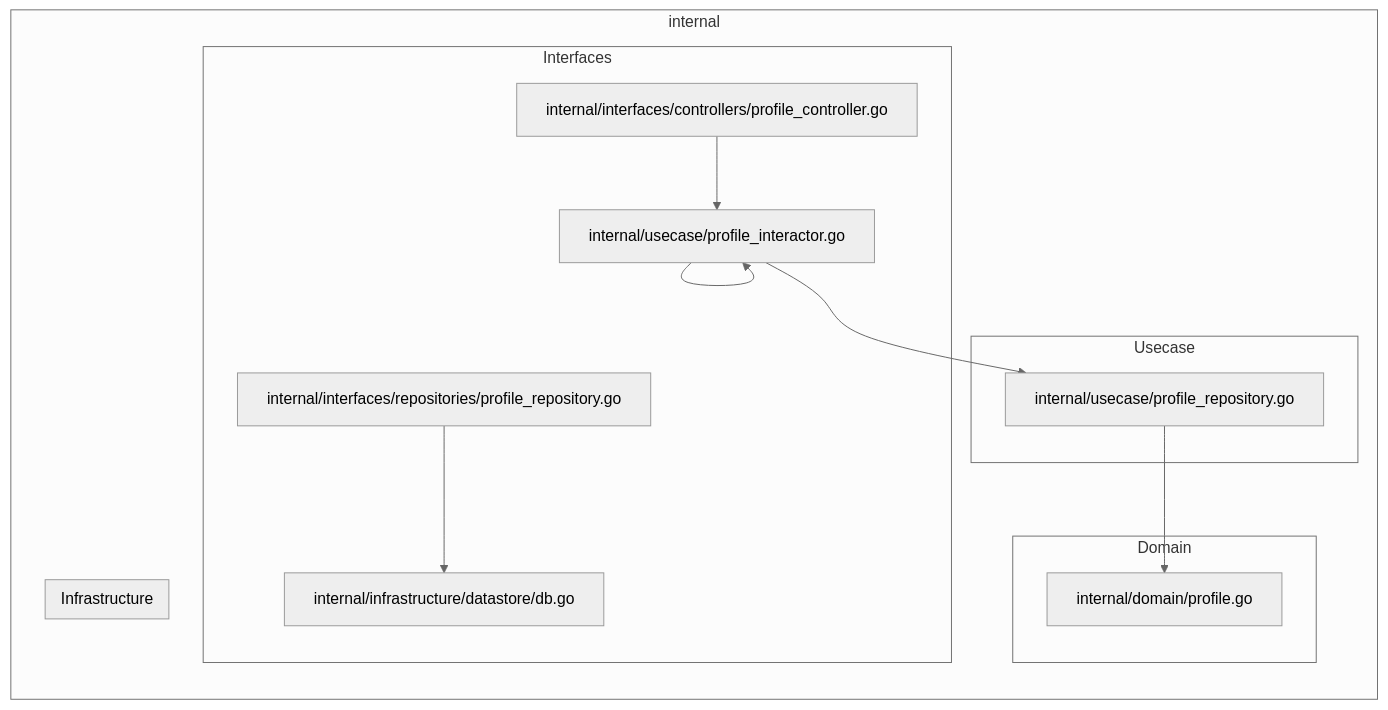
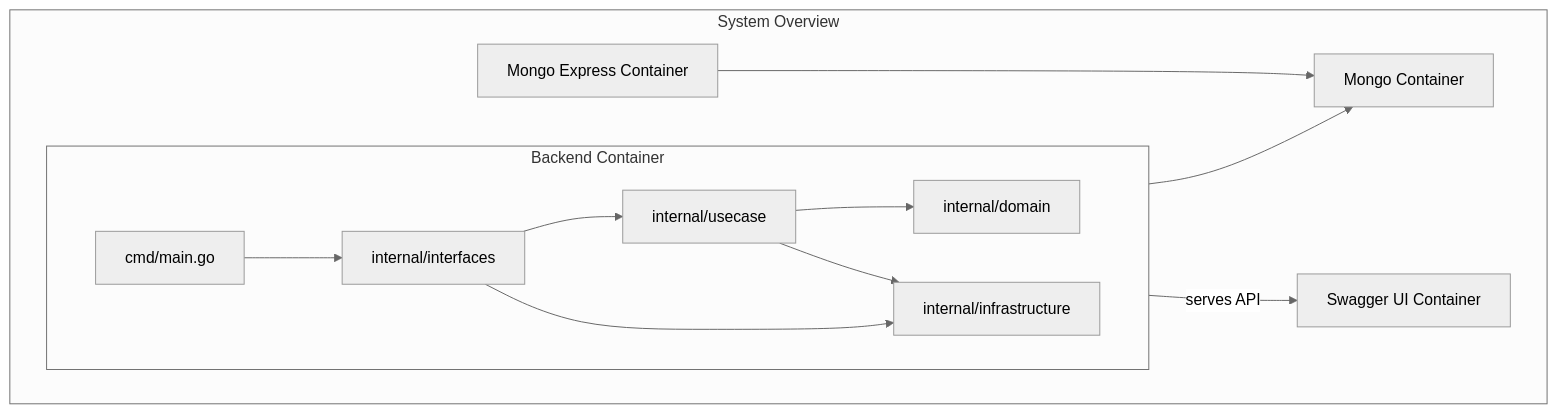
Before and after one commit to StepByCode/BridgeMe-Back: the diagram in README.md, drawn with Mermaid (neutral theme). The commit also changed other lines of this file, not shown here.

Commit message:
もう一度

````diff
--- a/README.md
+++ b/README.md
@@ -76,29 +76,21 @@
 ```mermaid
-graph LR
-    subgraph internal
-        subgraph Interfaces
-            internal_controllers --> internal_interactors
-            internal_repositories_impl --> internal_db
+graph TD
+    subgraph System Overview
+        subgraph backend_container [Backend Container]
+            direction LR
+            cmd_main[cmd/main.go] --> internal_interfaces[internal/interfaces]
+            internal_interfaces --> internal_usecase[internal/usecase]
+            internal_usecase --> internal_domain[internal/domain]
+            internal_usecase --> internal_infrastructure[internal/infrastructure]
+            internal_interfaces --> internal_infrastructure
         end
 
-        subgraph Usecase
-            internal_interactors --> internal_repositories_interface[internal/usecase]
-        end
+        mongo_container[Mongo Container]
+        mongo_express_container[Mongo Express Container]
+        swagger_ui_container[Swagger UI Container]
 
-        subgraph Domain
-            internal_repositories_interface --> internal_domain_profile[internal/domain]
-            internal_interactors --> internal_interactors
-        end
-
-        subgraph Infrastructure
-            internal_db
-        end
+        backend_container --> mongo_container
+        mongo_express_container --> mongo_container
+        backend_container -- serves API --> swagger_ui_container
     end
-
-    internal_domain_profile[internal/domain/profile.go]
-    internal_repositories_interface[internal/usecase/profile_repository.go]
-    internal_interactors[internal/usecase/profile_interactor.go]
-    internal_controllers[internal/interfaces/controllers/profile_controller.go]
-    internal_repositories_impl[internal/interfaces/repositories/profile_repository.go]
-    internal_db[internal/infrastructure/datastore/db.go]
 ```
````
